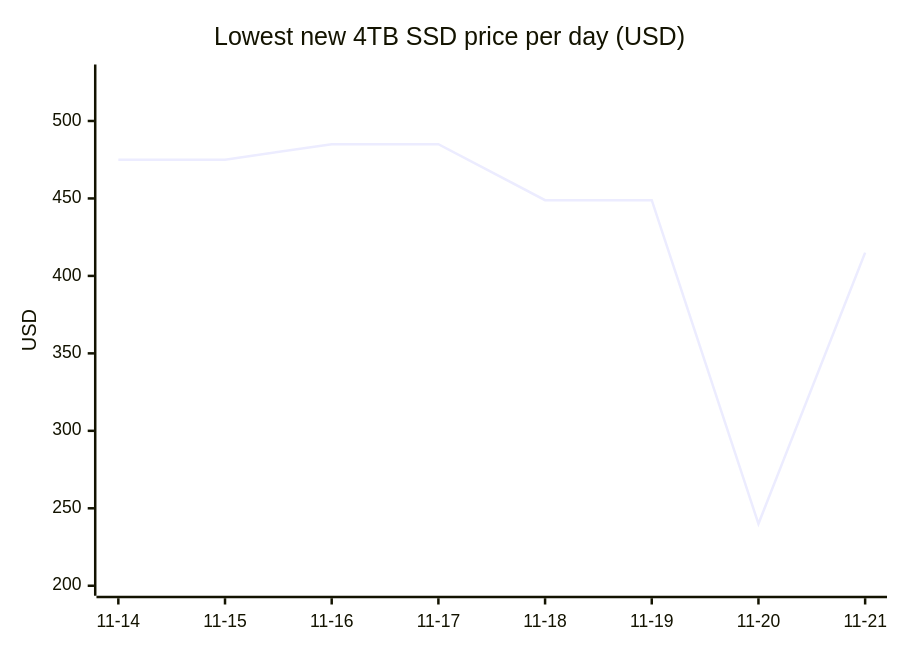
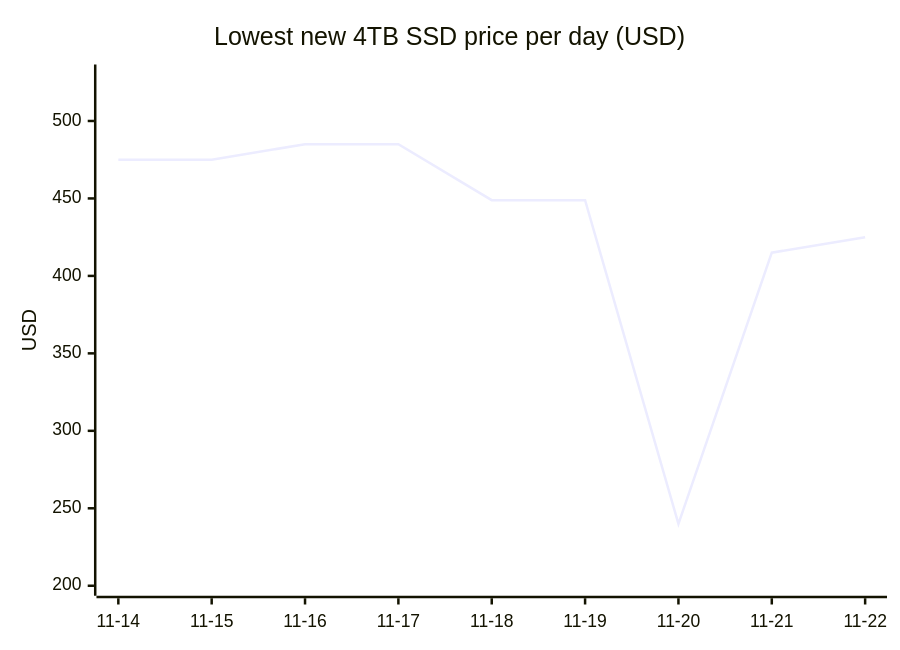
Before and after one commit to 7324136828/4tb_ssd_price_watch: the first of 18 diagrams in README.md, drawn with Mermaid. The commit also changed other lines of this file, not shown here.

````diff
--- a/README.md
+++ b/README.md
@@ -81,7 +81,7 @@
 ```mermaid
 xychart-beta
     title "Lowest new 4TB SSD price per day (USD)"
-    x-axis ["11-14", "11-15", "11-16", "11-17", "11-18", "11-19", "11-20", "11-21"]
+    x-axis ["11-14", "11-15", "11-16", "11-17", "11-18", "11-19", "11-20", "11-21", "11-22"]
     y-axis "USD" 200 --> 530
-    line [474.97, 475.00, 484.99, 484.99, 448.88, 448.88, 239.99, 415.00]
+    line [474.97, 475.00, 484.99, 484.99, 448.88, 448.88, 239.99, 415.00, 425.00]
 ```
````
